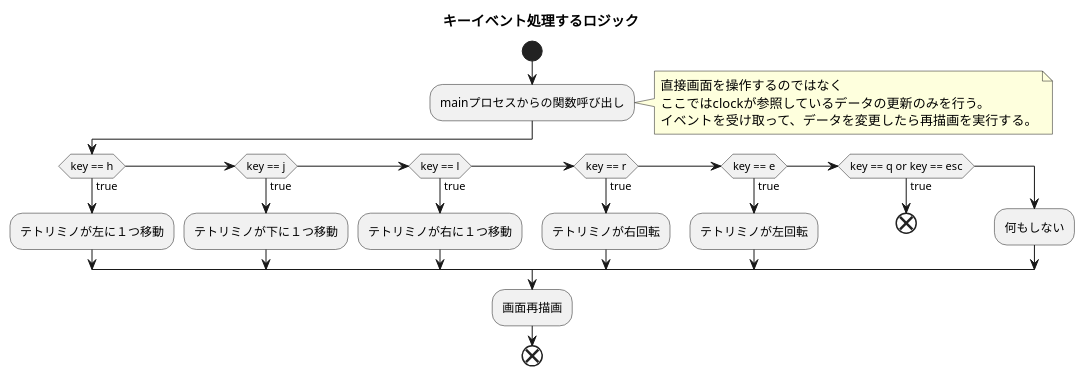
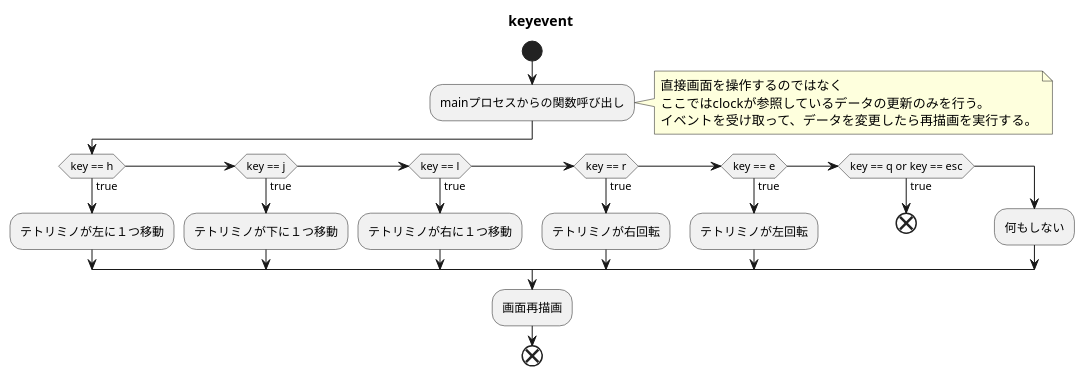
One commit to jiro4989/tetris changed the diagram in doc/keyevent.puml. Above: the diagram before and after it, drawn with PlantUML. The commit also changed 6 other files, not shown here.

```diff
--- a/doc/keyevent.puml
+++ b/doc/keyevent.puml
@@ -1,30 +1,30 @@
 @startuml
 
-title キーイベント処理するロジック
+title keyevent
 
 start
     :mainプロセスからの関数呼び出し;
     note right
         直接画面を操作するのではなく
         ここではclockが参照しているデータの更新のみを行う。
         イベントを受け取って、データを変更したら再描画を実行する。
     endnote
     if (key == h) then (true)
         :テトリミノが左に１つ移動;
     elseif (key == j) then (true)
         :テトリミノが下に１つ移動;
     elseif (key == l) then (true)
         :テトリミノが右に１つ移動;
     elseif (key == r) then (true)
         :テトリミノが右回転;
     elseif (key == e) then (true)
         :テトリミノが左回転;
     elseif (key == q or key == esc) then (true)
         end
     else
         :何もしない;
     endif
     :画面再描画;
 end
 
 @enduml
```
